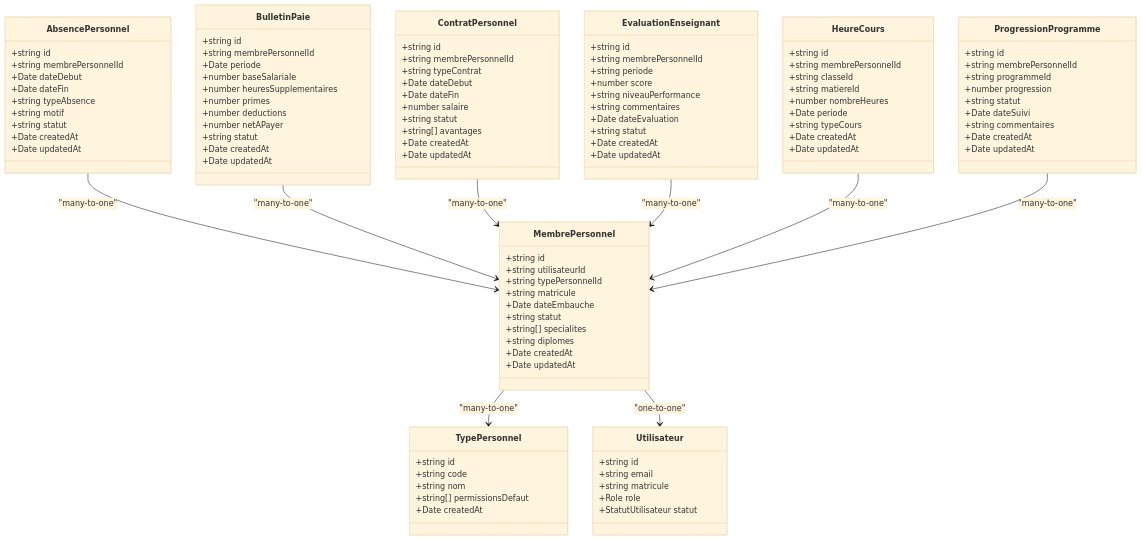
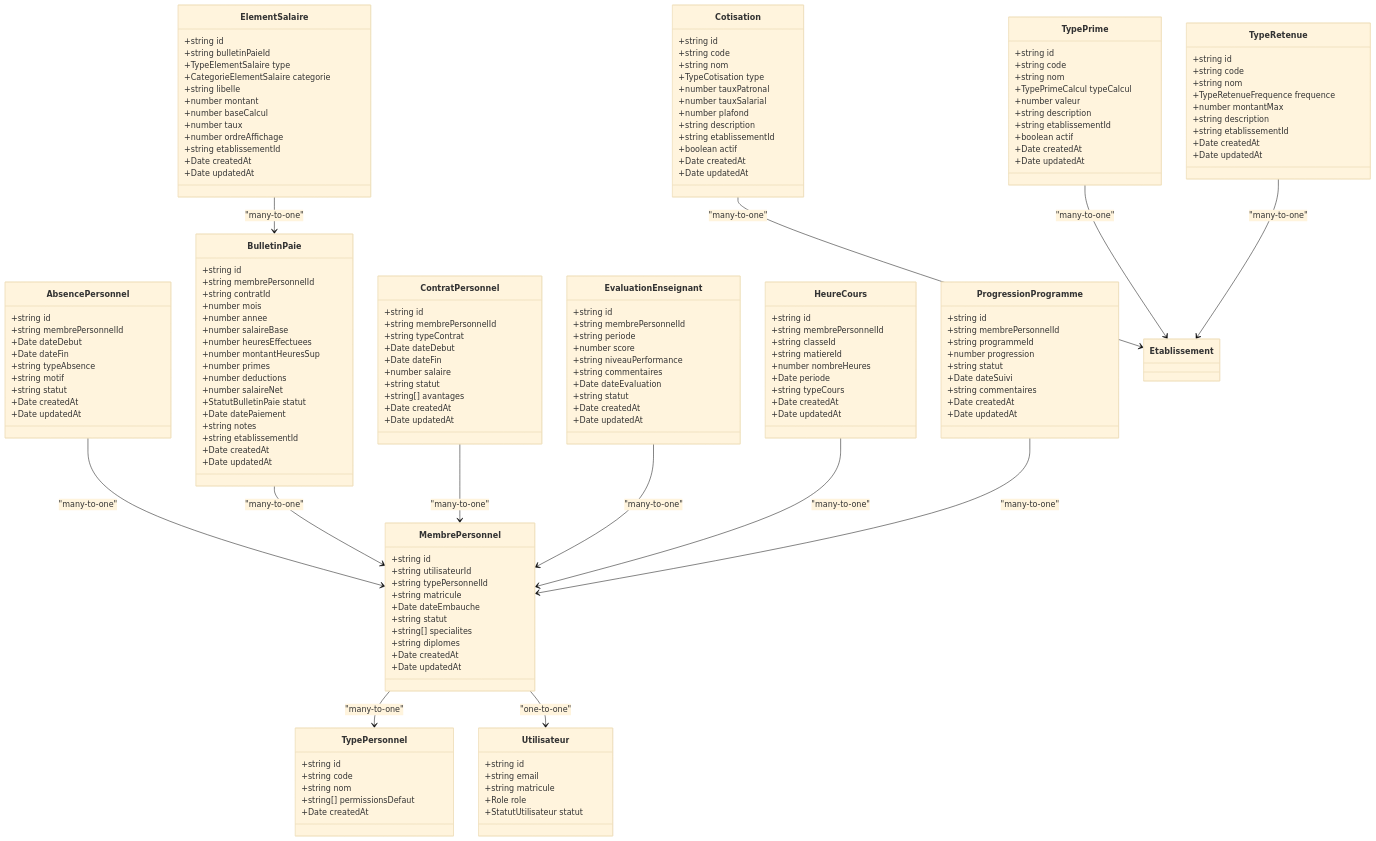
One commit to franckylab/eLISAschool changed the third of 8 diagrams in .qoder/repowiki/en/content/Modules & Features/Administrative Modules/Personnel & Human Resources.md. Above: the diagram before and after it, drawn with Mermaid (base theme). The commit also changed other lines of this file and 151 other files, not shown here.

```diff
--- a/.qoder/repowiki/en/content/Modules & Features/Administrative Modules/Personnel & Human Resources.md
+++ b/.qoder/repowiki/en/content/Modules & Features/Administrative Modules/Personnel & Human Resources.md
@@ -229,13 +279,70 @@
 class BulletinPaie {
 +string id
 +string membrePersonnelId
-+Date periode
-+number baseSalariale
-+number heuresSupplementaires
++string contratId
++number mois
++number annee
++number salaireBase
++number heuresEffectuees
++number montantHeuresSup
 +number primes
 +number deductions
-+number netAPayer
-+string statut
++number salaireNet
++StatutBulletinPaie statut
++Date datePaiement
++string notes
++string etablissementId
++Date createdAt
++Date updatedAt
+}
+class ElementSalaire {
++string id
++string bulletinPaieId
++TypeElementSalaire type
++CategorieElementSalaire categorie
++string libelle
++number montant
++number baseCalcul
++number taux
++number ordreAffichage
++string etablissementId
++Date createdAt
++Date updatedAt
+}
+class Cotisation {
++string id
++string code
++string nom
++TypeCotisation type
++number tauxPatronal
++number tauxSalarial
++number plafond
++string description
++string etablissementId
++boolean actif
++Date createdAt
++Date updatedAt
+}
+class TypePrime {
++string id
++string code
++string nom
++TypePrimeCalcul typeCalcul
++number valeur
++string description
++string etablissementId
++boolean actif
++Date createdAt
++Date updatedAt
+}
+class TypeRetenue {
++string id
++string code
++string nom
++TypeRetenueFrequence frequence
++number montantMax
++string description
++string etablissementId
 +Date createdAt
 +Date updatedAt
 }
@@ -296,6 +403,10 @@
 MembrePersonnel --> Utilisateur : "one-to-one"
 AbsencePersonnel --> MembrePersonnel : "many-to-one"
 BulletinPaie --> MembrePersonnel : "many-to-one"
+ElementSalaire --> BulletinPaie : "many-to-one"
+Cotisation --> Etablissement : "many-to-one"
+TypePrime --> Etablissement : "many-to-one"
+TypeRetenue --> Etablissement : "many-to-one"
 ContratPersonnel --> MembrePersonnel : "many-to-one"
 EvaluationEnseignant --> MembrePersonnel : "many-to-one"
 HeureCours --> MembrePersonnel : "many-to-one"
```
